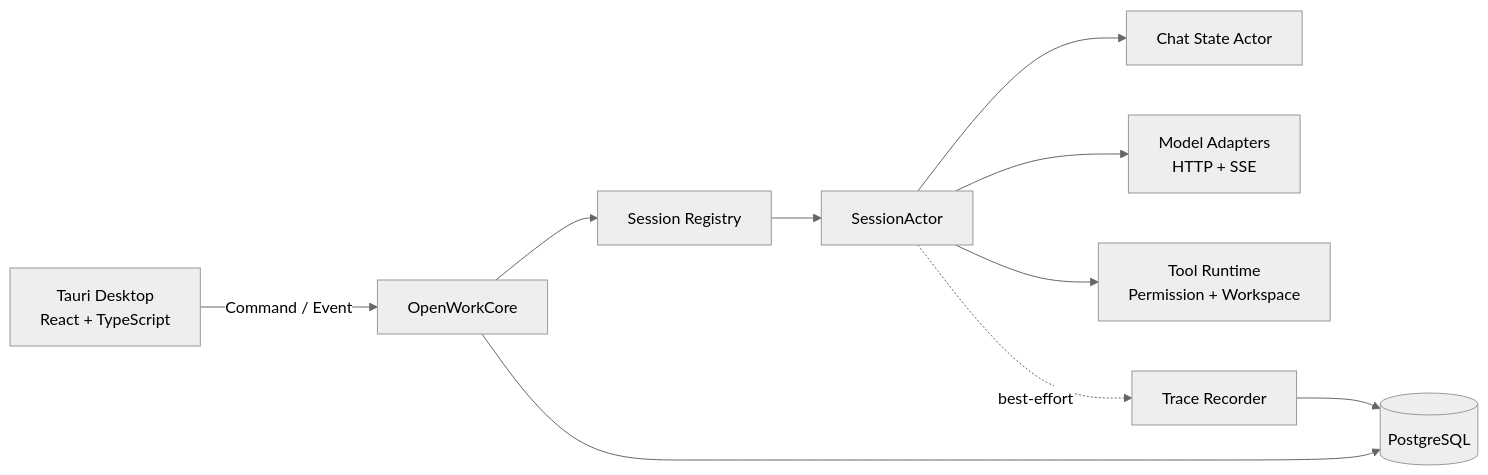
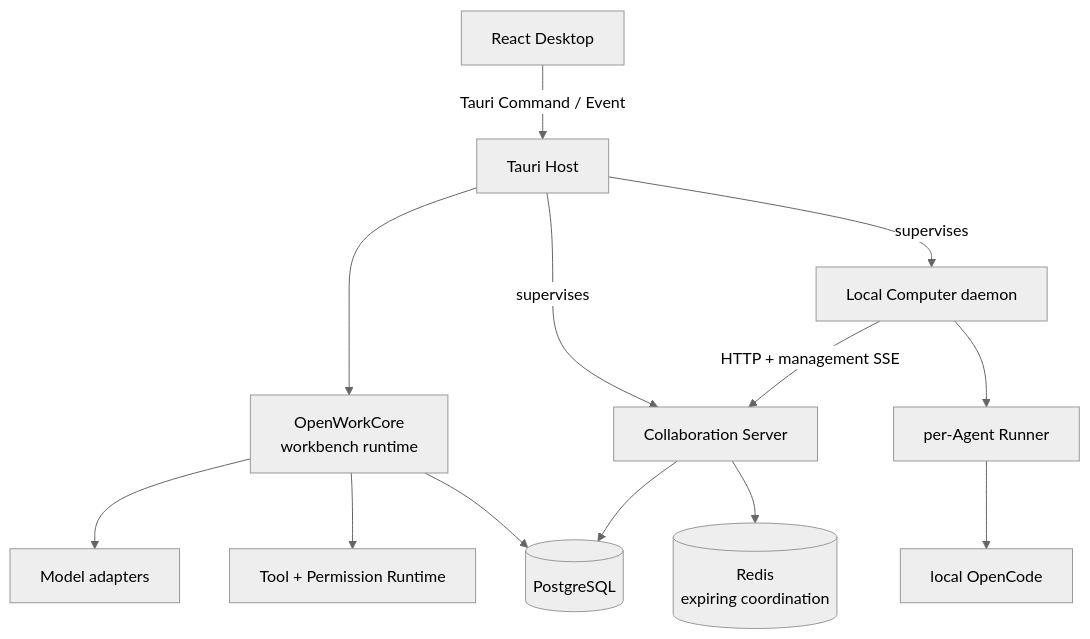
Before and after one commit to Aaron-Ben/OpenWork: the diagram in README.en.md, drawn with Mermaid (neutral theme). The commit also changed other lines of this file and 1 other file, not shown here.

````diff
--- a/README.en.md
+++ b/README.en.md
@@ -138,12 +90,17 @@
 ```mermaid
-flowchart LR
-    UI["Tauri Desktop<br/>React + TypeScript"] -->|"Command / Event"| Core["OpenWorkCore"]
-    Core --> Registry["Session Registry"]
-    Registry --> Actor["SessionActor"]
-    Actor --> Chat["Chat State Actor"]
-    Actor --> Model["Model Adapters<br/>HTTP + SSE"]
-    Actor --> Tools["Tool Runtime<br/>Permission + Workspace"]
-    Core --> DB[("PostgreSQL")]
-    Actor -. "best-effort" .-> Trace["Trace Recorder"]
-    Trace --> DB
+flowchart TB
+    UI["React Desktop"] -->|"Tauri Command / Event"| Host["Tauri Host"]
+
+    Host --> Core["OpenWorkCore<br/>workbench runtime"]
+    Core --> Models["Model adapters"]
+    Core --> Tools["Tool + Permission Runtime"]
+    Core --> PG[(PostgreSQL)]
+
+    Host -->|"supervises"| Server["Collaboration Server"]
+    Host -->|"supervises"| Computer["Local Computer daemon"]
+    Computer -->|"HTTP + management SSE"| Server
+    Computer --> Runners["per-Agent Runner"]
+    Runners --> OpenCode["local OpenCode"]
+    Server --> PG
+    Server --> Redis[(Redis<br/>expiring coordination)]
 ```
````
